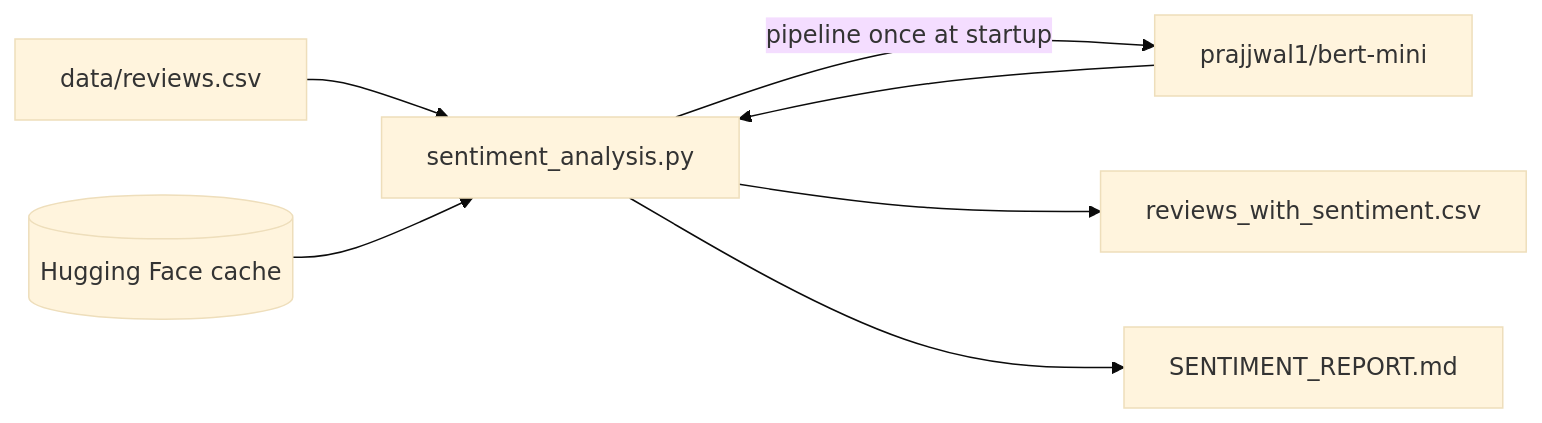
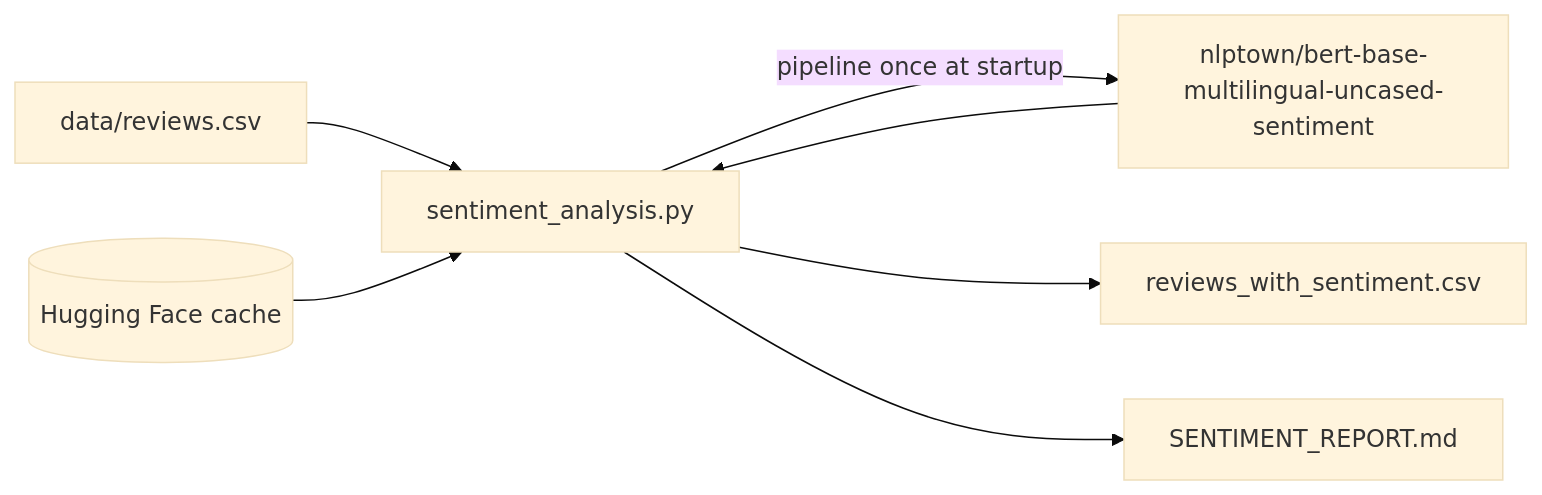
Before and after one commit to 4GeeksAcademy/ai-engineering-syllabus: the diagram in content/projects/existing-model-sentiment-analysis-reviews/.learn/solution/README.md, drawn with Mermaid (base theme). The commit also changed other lines of this file and 5 other files, not shown here.

Commit message:
Change suggested model in sentiment analysis project

````diff
--- a/content/projects/existing-model-sentiment-analysis-reviews/.learn/solution/README.md
+++ b/content/projects/existing-model-sentiment-analysis-reviews/.learn/solution/README.md
@@ -21,9 +21,9 @@
 ```mermaid
 flowchart LR
   CSV[data/reviews.csv] --> SCRIPT[sentiment_analysis.py]
   HF[(Hugging Face cache)] --> SCRIPT
-  SCRIPT -->|pipeline once at startup| MODEL[prajjwal1/bert-mini]
+  SCRIPT -->|pipeline once at startup| MODEL[nlptown/bert-base-multilingual-uncased-sentiment]
   MODEL --> SCRIPT
   SCRIPT --> OUT[reviews_with_sentiment.csv]
   SCRIPT --> REPORT[SENTIMENT_REPORT.md]
 ```
````
